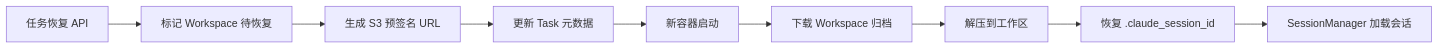
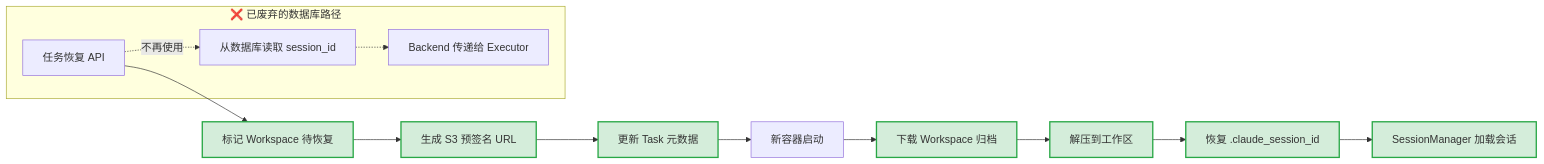
The sixth of 9 diagrams in docs/zh/features/task-restore.md (wecode-ai/Wegent), drawn with Mermaid before and after one commit. The commit also changed other lines of this file, not shown here.

First line of the commit message:
docs(zh): update task restore documentation to reflect database session ID persistence removal

````diff
--- a/docs/zh/features/task-restore.md
+++ b/docs/zh/features/task-restore.md
@@ -203,11 +225,19 @@
 ```mermaid
 flowchart LR
-    A[任务恢复 API] --> B[标记 Workspace 待恢复]
-    B --> C[生成 S3 预签名 URL]
-    C --> D[更新 Task 元数据]
+    A[任务恢复 API] --> B[标记 Workspace 待恢复]:::current
+    B --> C[生成 S3 预签名 URL]:::current
+    C --> D[更新 Task 元数据]:::current
     D --> E[新容器启动]
-    E --> F[下载 Workspace 归档]
-    F --> G[解压到工作区]
-    G --> H[恢复 .claude_session_id]
-    H --> I[SessionManager 加载会话]
+    E --> F[下载 Workspace 归档]:::current
+    F --> G[解压到工作区]:::current
+    G --> H[恢复 .claude_session_id]:::current
+    H --> I[SessionManager 加载会话]:::current
+
+    subgraph 已废弃["❌ 已废弃的数据库路径"]
+        A -.->|不再使用| B2[从数据库读取 session_id]
+        B2 -.-> C2[Backend 传递给 Executor]
+    end
+
+    classDef current fill:#d4edda,stroke:#28a745,stroke-width:2px
+    classDef deprecated fill:#f8d7da,stroke:#dc3545,stroke-width:2px,stroke-dasharray: 5 5
 ```
````
